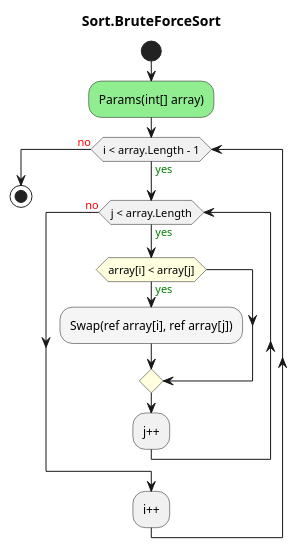
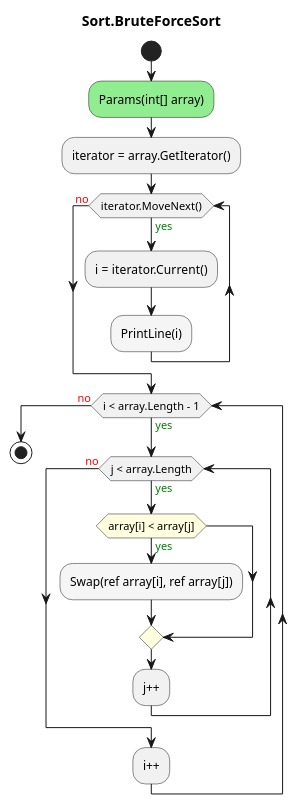
The diagram in SortingAlgorithms.ConApp/diagrams/ac_Sort_BruteForceSort.puml (leoggehrer/2324-34_ABIF_ACIF_POSE), drawn with PlantUML before and after one commit. The commit also changed 57 other files, not shown here.

Commit message:
Added UPNCalculator diagrams and documentation.

```diff
--- a/SortingAlgorithms.ConApp/diagrams/ac_Sort_BruteForceSort.puml
+++ b/SortingAlgorithms.ConApp/diagrams/ac_Sort_BruteForceSort.puml
@@ -1,15 +1,20 @@
 @startuml Sort.BruteForceSort
 title Sort.BruteForceSort
 start
 #LightGreen:Params(int[] array);
+:iterator = array.GetIterator();
+while (iterator.MoveNext()) is (<color:green>yes)
+:i = iterator.Current();
+            #WhiteSmoke:PrintLine(i);
+endwhile (<color:red>no)
 while (i < array.Length - 1) is (<color:green>yes)
         while (j < array.Length) is (<color:green>yes)
                 #LightYellow:if (array[i] < array[j]) then (<color:green>yes)
                         #WhiteSmoke:Swap(ref array[i], ref array[j]);
                 endif
         :j++;
         endwhile (<color:red>no)
 :i++;
 endwhile (<color:red>no)
 stop
 @enduml
```
